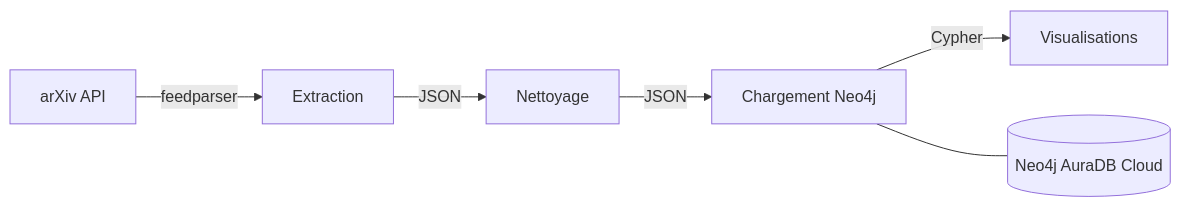
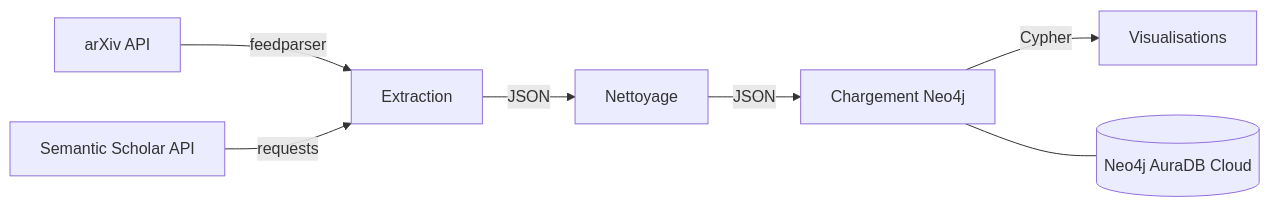
Before and after one commit to cheihkaouimahdi-hub/BIG_Data_project: the diagram in README.md, drawn with Mermaid. The commit also changed other lines of this file and 12 other files, not shown here.

````diff
--- a/README.md
+++ b/README.md
@@ -11,8 +11,9 @@
 ```mermaid
 graph LR
     A[arXiv API] -->|feedparser| B[Extraction]
+    S[Semantic Scholar API] -->|requests| B
     B -->|JSON| C[Nettoyage]
     C -->|JSON| D[Chargement Neo4j]
     D -->|Cypher| E[Visualisations]
     D --- F[(Neo4j AuraDB Cloud)]
 ```
````
